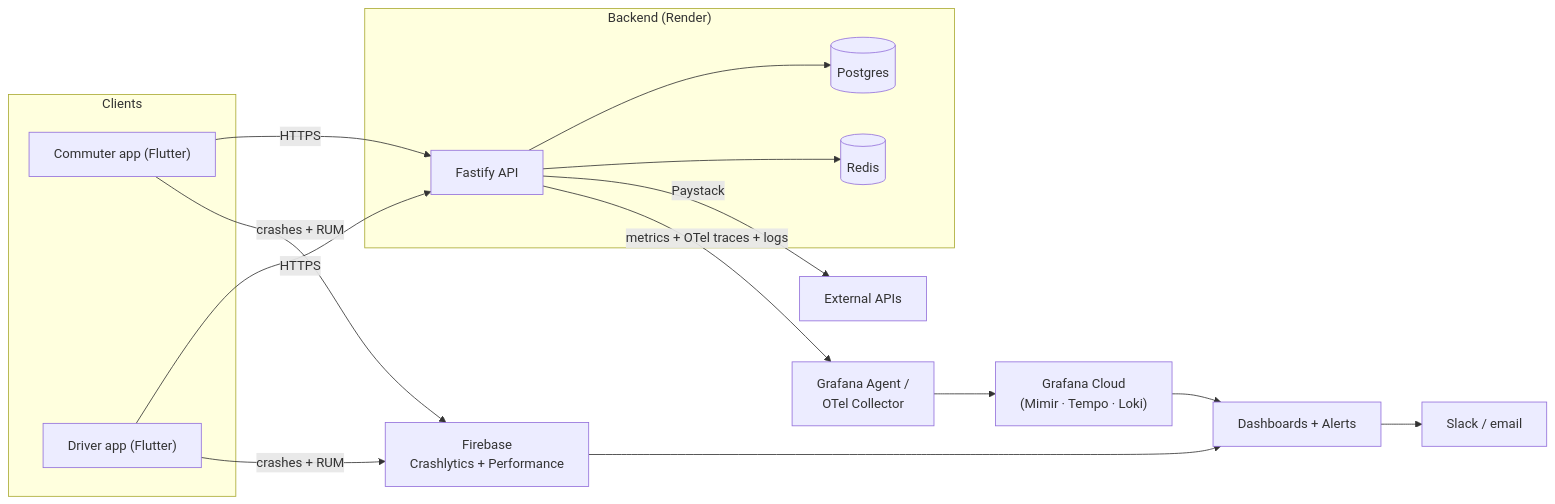
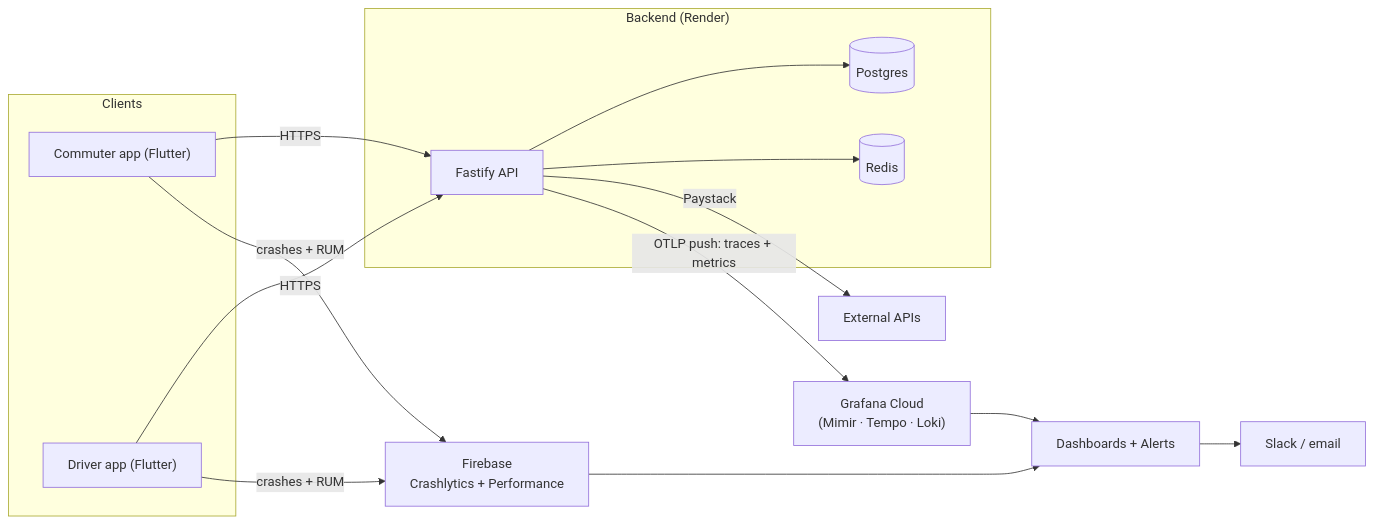
Before and after one commit to TROTXI/mobility-core: the diagram in docs/design/observability.md, drawn with Mermaid. The commit also changed other lines of this file and 3 other files, not shown here.

First line of the commit message:
feat(observability): push metrics over OTLP (no scraper) — Phase 1+2

````diff
--- a/docs/design/observability.md
+++ b/docs/design/observability.md
@@ -62,27 +62,26 @@
 ```mermaid
 flowchart LR
   subgraph Clients
     CA["Commuter app (Flutter)"]
     DA["Driver app (Flutter)"]
   end
   subgraph Backend["Backend (Render)"]
     API["Fastify API"]
     PG[("Postgres")]
     RD[("Redis")]
   end
 
   CA -->|HTTPS| API
   DA -->|HTTPS| API
   API --> PG
   API --> RD
   API -->|Paystack| EXT["External APIs"]
 
   CA -->|crashes + RUM| FB["Firebase\nCrashlytics + Performance"]
   DA -->|crashes + RUM| FB
-  API -->|"metrics + OTel traces + logs"| AGENT["Grafana Agent /\nOTel Collector"]
-  AGENT --> GC["Grafana Cloud\n(Mimir · Tempo · Loki)"]
+  API -->|"OTLP push: traces + metrics"| GC["Grafana Cloud\n(Mimir · Tempo · Loki)"]
 
   FB --> DASH["Dashboards + Alerts"]
   GC --> DASH
   DASH --> ONCALL["Slack / email"]
 ```
````
